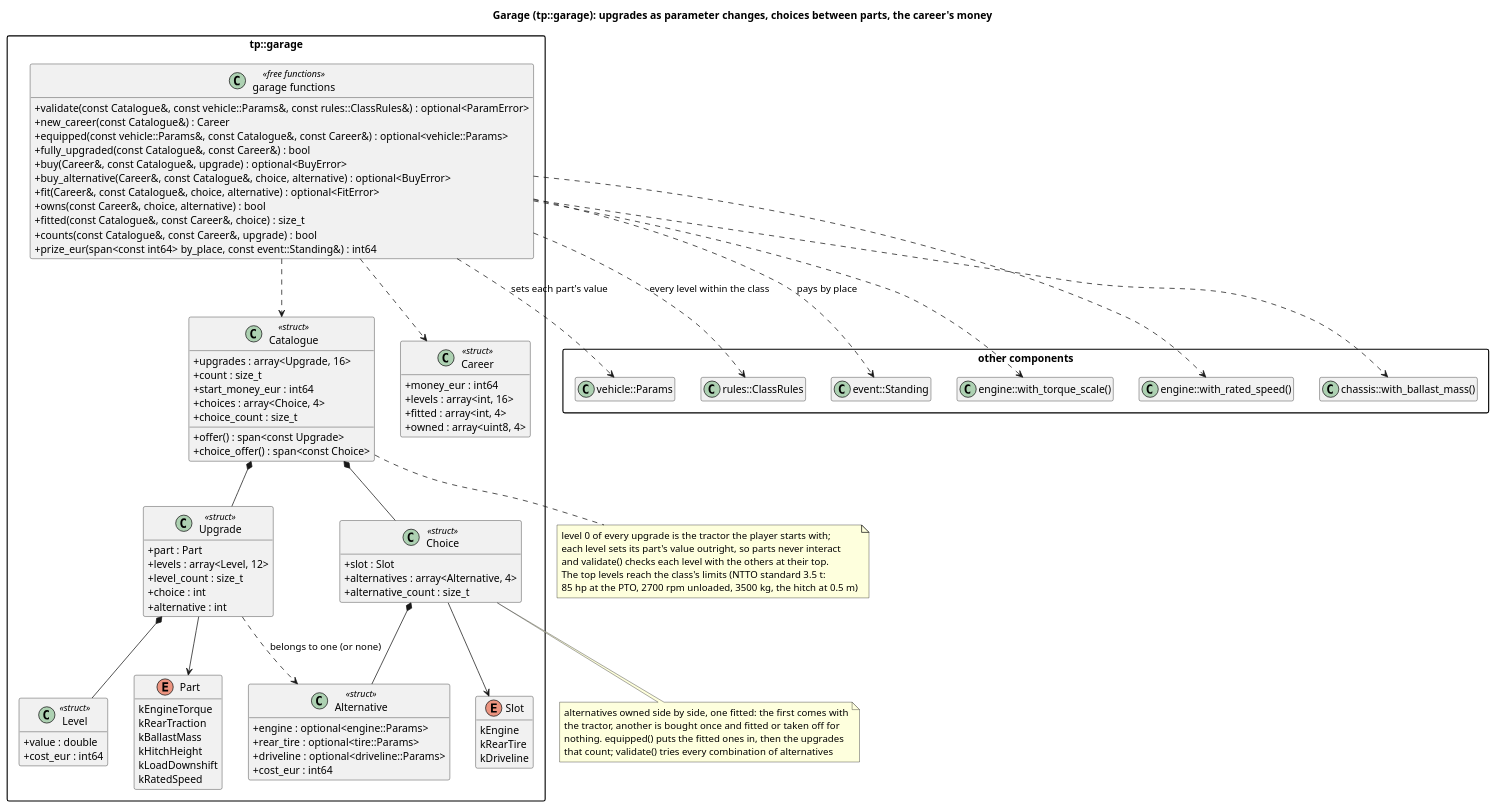
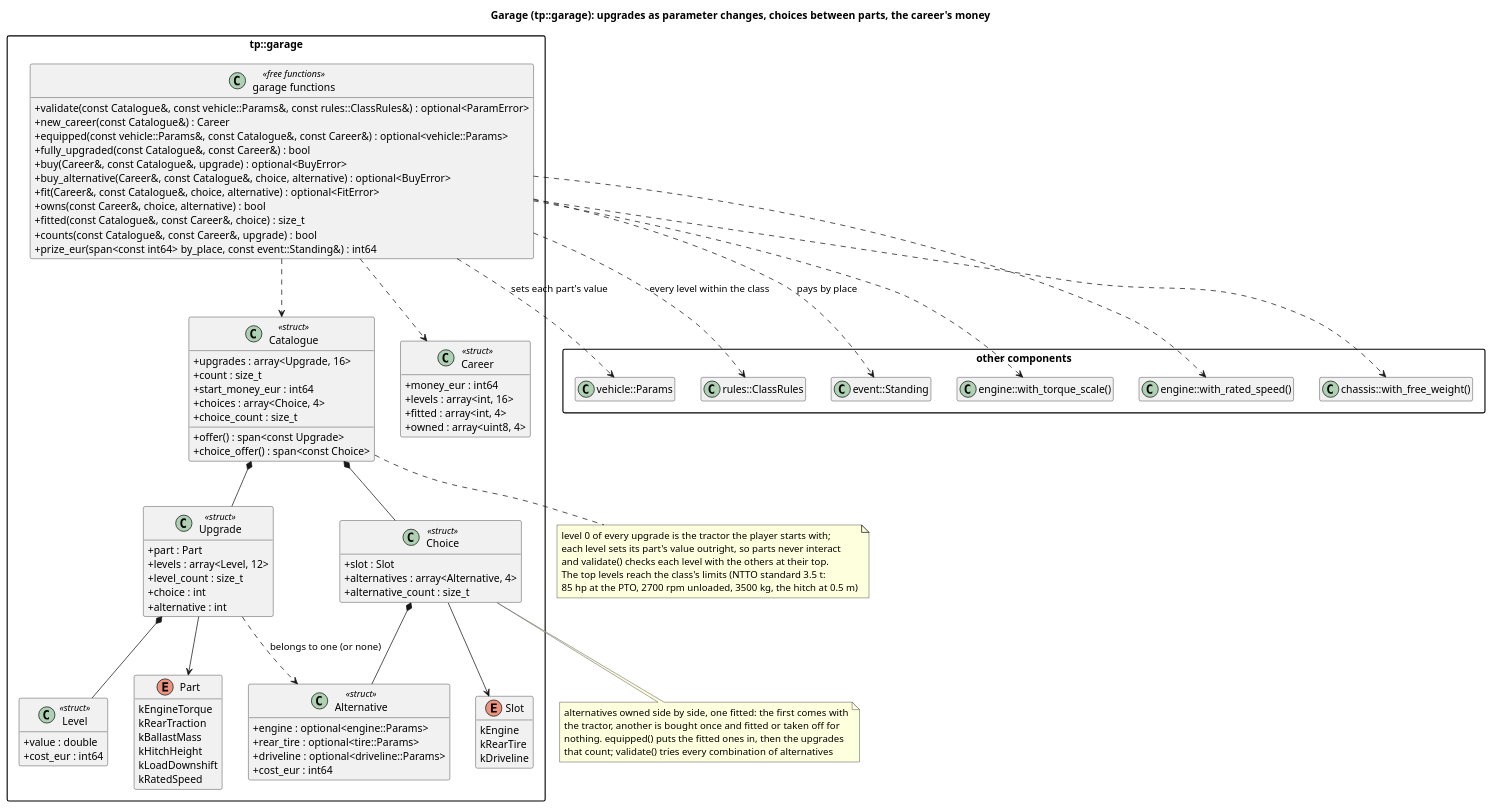
Before and after one commit to wversteeg/TractorPulling: the diagram in docs/diagrams/garage_classes.puml, drawn with PlantUML. The commit also changed 20 other files, not shown here.

First line of the commit message:
Docs, diagrams and track tips for the low hook

```diff
--- a/docs/diagrams/garage_classes.puml
+++ b/docs/diagrams/garage_classes.puml
@@ -1,109 +1,109 @@
 @startuml garage_classes
 title Garage (tp::garage): upgrades as parameter changes, choices between parts, the career's money
 hide empty members
 skinparam packageStyle rectangle
 skinparam classAttributeIconSize 0
 
 package "other components" {
   class "vehicle::Params" as Tractor
   class "rules::ClassRules" as ClassRules
   class "event::Standing" as EventStanding
   class "engine::with_torque_scale()" as TorqueScale
   class "engine::with_rated_speed()" as RatedSpeed
-  class "chassis::with_ballast_mass()" as BallastMass
+  class "chassis::with_free_weight()" as BallastMass
 }
 
 package "tp::garage" {
   enum Part {
     kEngineTorque
     kRearTraction
     kBallastMass
     kHitchHeight
     kLoadDownshift
     kRatedSpeed
   }
   class Level <<struct>> {
     +value : double
     +cost_eur : int64
   }
   class Upgrade <<struct>> {
     +part : Part
     +levels : array<Level, 12>
     +level_count : size_t
     +choice : int
     +alternative : int
   }
   enum Slot {
     kEngine
     kRearTire
     kDriveline
   }
   class Alternative <<struct>> {
     +engine : optional<engine::Params>
     +rear_tire : optional<tire::Params>
     +driveline : optional<driveline::Params>
     +cost_eur : int64
   }
   class Choice <<struct>> {
     +slot : Slot
     +alternatives : array<Alternative, 4>
     +alternative_count : size_t
   }
   class Catalogue <<struct>> {
     +upgrades : array<Upgrade, 16>
     +count : size_t
     +start_money_eur : int64
     +choices : array<Choice, 4>
     +choice_count : size_t
     +offer() : span<const Upgrade>
     +choice_offer() : span<const Choice>
   }
   class Career <<struct>> {
     +money_eur : int64
     +levels : array<int, 16>
     +fitted : array<int, 4>
     +owned : array<uint8, 4>
   }
   class "garage functions" as GarageFns <<free functions>> {
     +validate(const Catalogue&, const vehicle::Params&, const rules::ClassRules&) : optional<ParamError>
     +new_career(const Catalogue&) : Career
     +equipped(const vehicle::Params&, const Catalogue&, const Career&) : optional<vehicle::Params>
     +fully_upgraded(const Catalogue&, const Career&) : bool
     +buy(Career&, const Catalogue&, upgrade) : optional<BuyError>
     +buy_alternative(Career&, const Catalogue&, choice, alternative) : optional<BuyError>
     +fit(Career&, const Catalogue&, choice, alternative) : optional<FitError>
     +owns(const Career&, choice, alternative) : bool
     +fitted(const Catalogue&, const Career&, choice) : size_t
     +counts(const Catalogue&, const Career&, upgrade) : bool
     +prize_eur(span<const int64> by_place, const event::Standing&) : int64
   }
   Catalogue *-- Upgrade
   Catalogue *-- Choice
   Choice *-- Alternative
   Choice --> Slot
   Upgrade *-- Level
   Upgrade --> Part
   Upgrade ..> Alternative : belongs to one (or none)
   GarageFns ..> Catalogue
   GarageFns ..> Career
 }
 GarageFns ..> Tractor : sets each part's value
 GarageFns ..> ClassRules : every level within the class
 GarageFns ..> EventStanding : pays by place
 GarageFns ..> TorqueScale
 GarageFns ..> RatedSpeed
 GarageFns ..> BallastMass
 note bottom of Catalogue
   level 0 of every upgrade is the tractor the player starts with;
   each level sets its part's value outright, so parts never interact
   and validate() checks each level with the others at their top.
   The top levels reach the class's limits (NTTO standard 3.5 t:
   85 hp at the PTO, 2700 rpm unloaded, 3500 kg, the hitch at 0.5 m)
 end note
 note bottom of Choice
   alternatives owned side by side, one fitted: the first comes with
   the tractor, another is bought once and fitted or taken off for
   nothing. equipped() puts the fitted ones in, then the upgrades
   that count; validate() tries every combination of alternatives
 end note
 @enduml
```
